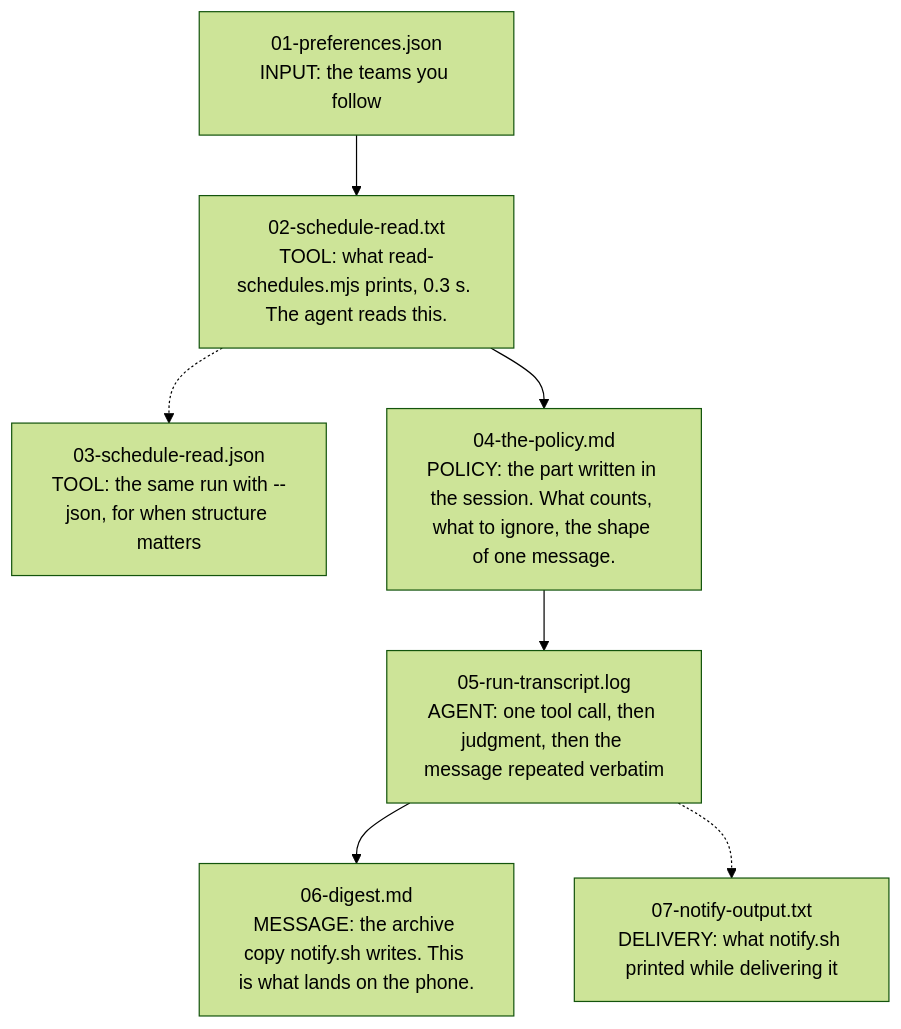
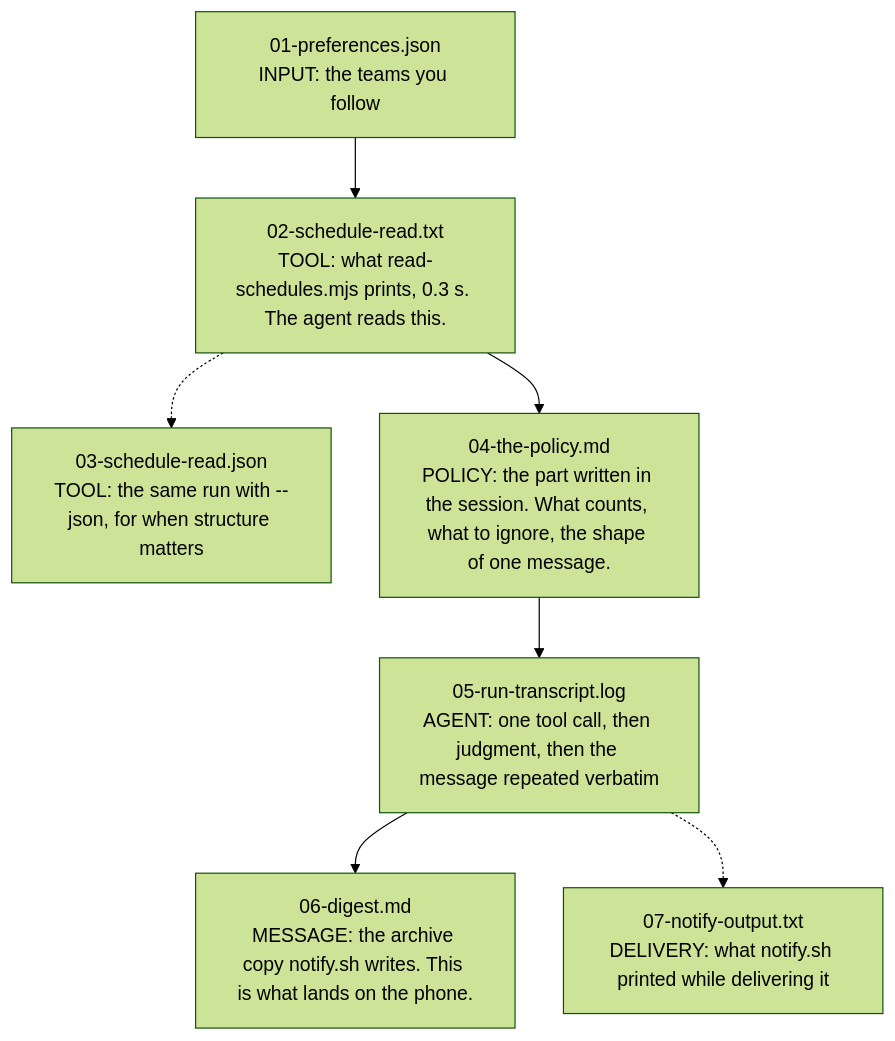
One commit to ismayc/never-miss-a-game changed the diagram in examples/README.md. Above: the diagram before and after it, drawn with Mermaid (forest theme). The commit also changed other lines of this file and 5 other files, not shown here.

````diff
--- a/examples/README.md
+++ b/examples/README.md
@@ -11,10 +11,11 @@
 ```mermaid
+%%{init: {"flowchart": {"nodeSpacing": 40, "rankSpacing": 50, "padding": 16}}}%%
 flowchart TD
     f1["01-preferences.json<br/>INPUT: the teams you follow"] --> f2
     f2["02-schedule-read.txt<br/>TOOL: what read-schedules.mjs prints, 0.3 s. The agent reads this."]
     f2 -.-> f3["03-schedule-read.json<br/>TOOL: the same run with --json, for when structure matters"]
     f2 --> f4["04-the-policy.md<br/>POLICY: the part written in the session. What counts, what to ignore, the shape of one message."]
     f4 --> f5["05-run-transcript.log<br/>AGENT: one tool call, then judgment, then the message repeated verbatim"]
     f5 --> f6["06-digest.md<br/>MESSAGE: the archive copy notify.sh writes. This is what lands on the phone."]
     f5 -.-> f7["07-notify-output.txt<br/>DELIVERY: what notify.sh printed while delivering it"]
 ```
````
